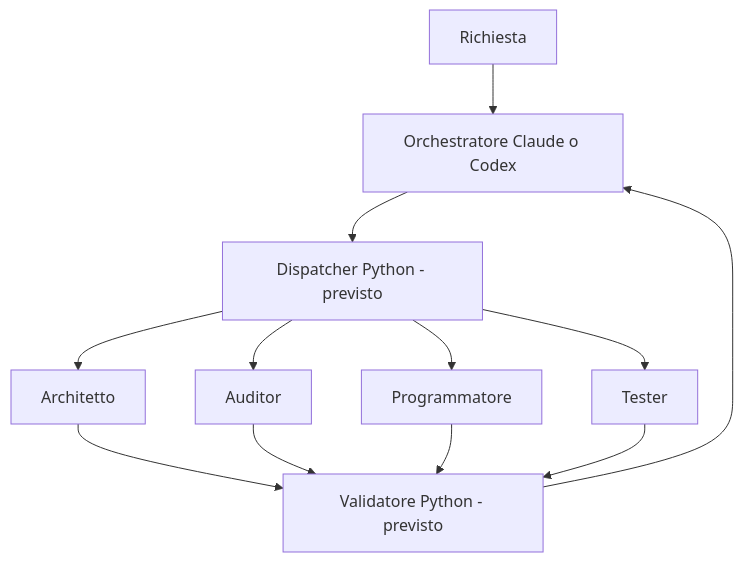
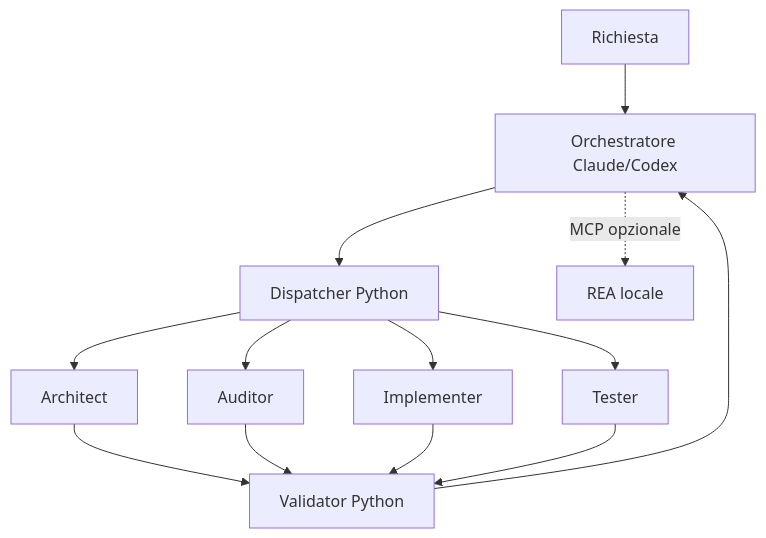
Before and after one commit to MATRIXNEO23/Matrix-project: the diagram in docs/ARCHITECTURE.md, drawn with Mermaid. The commit also changed other lines of this file and 7 other files, not shown here.

Commit message:
Integrate shared dispatcher, validator and REA setup

````diff
--- a/docs/ARCHITECTURE.md
+++ b/docs/ARCHITECTURE.md
@@ -3,14 +3,15 @@
 ```mermaid
 flowchart TD
- U[Richiesta] --> O[Orchestratore Claude o Codex]
- O --> D[Dispatcher Python - previsto]
- D --> A[Architetto]
+ U[Richiesta] --> O[Orchestratore Claude/Codex]
+ O --> D[Dispatcher Python]
+ D --> A[Architect]
  D --> B[Auditor]
- D --> C[Programmatore]
+ D --> C[Implementer]
  D --> T[Tester]
- A --> V[Validatore Python - previsto]
+ A --> V[Validator Python]
  B --> V
  C --> V
  T --> V
  V --> O
+ O -. MCP opzionale .-> R[REA locale]
 ```
````
